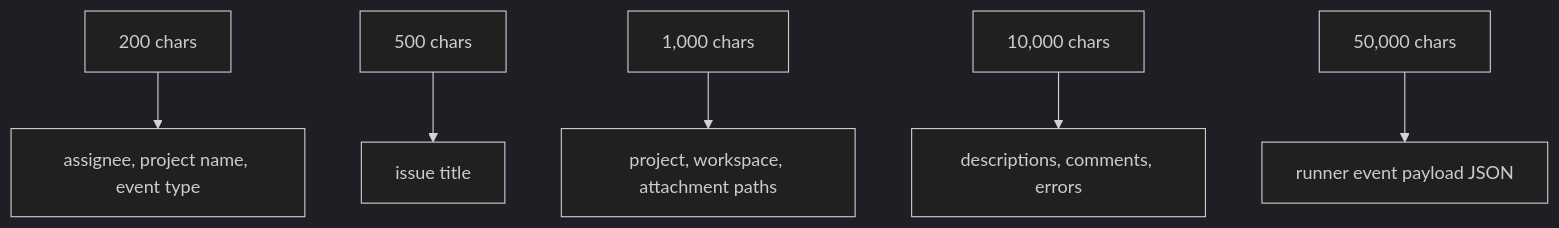
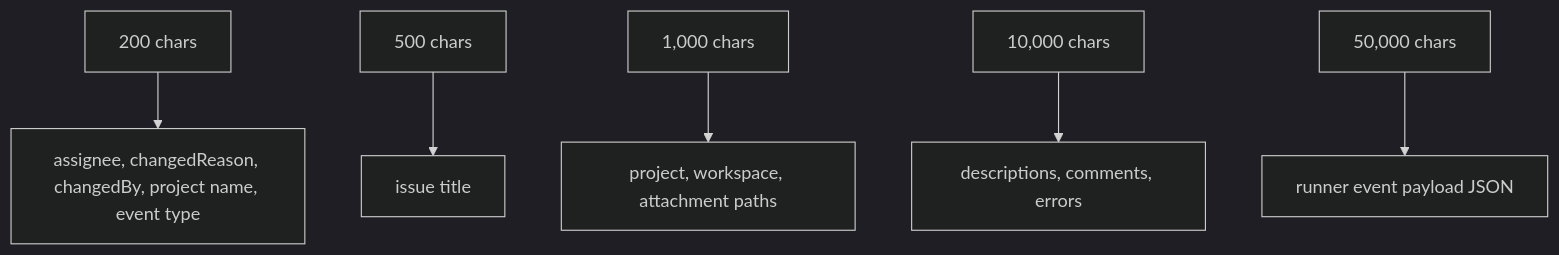
The diagram in docs/site/docs/reference/schema.md (version-1/tasq), drawn with Mermaid (dark theme) before and after one commit. The commit also changed other lines of this file and 29 other files, not shown here.

````diff
--- a/docs/site/docs/reference/schema.md
+++ b/docs/site/docs/reference/schema.md
@@ -43,8 +44,8 @@
 ```mermaid
 flowchart TD
-  Short[200 chars] --> Assignee[assignee, project name, event type]
+  Short[200 chars] --> Assignee[assignee, changedReason, changedBy, project name, event type]
   Medium[500 chars] --> Title[issue title]
   Path[1,000 chars] --> Paths[project, workspace, attachment paths]
   Long[10,000 chars] --> Bodies[descriptions, comments, errors]
   Payload[50,000 chars] --> JSON[runner event payload JSON]
 ```
````
